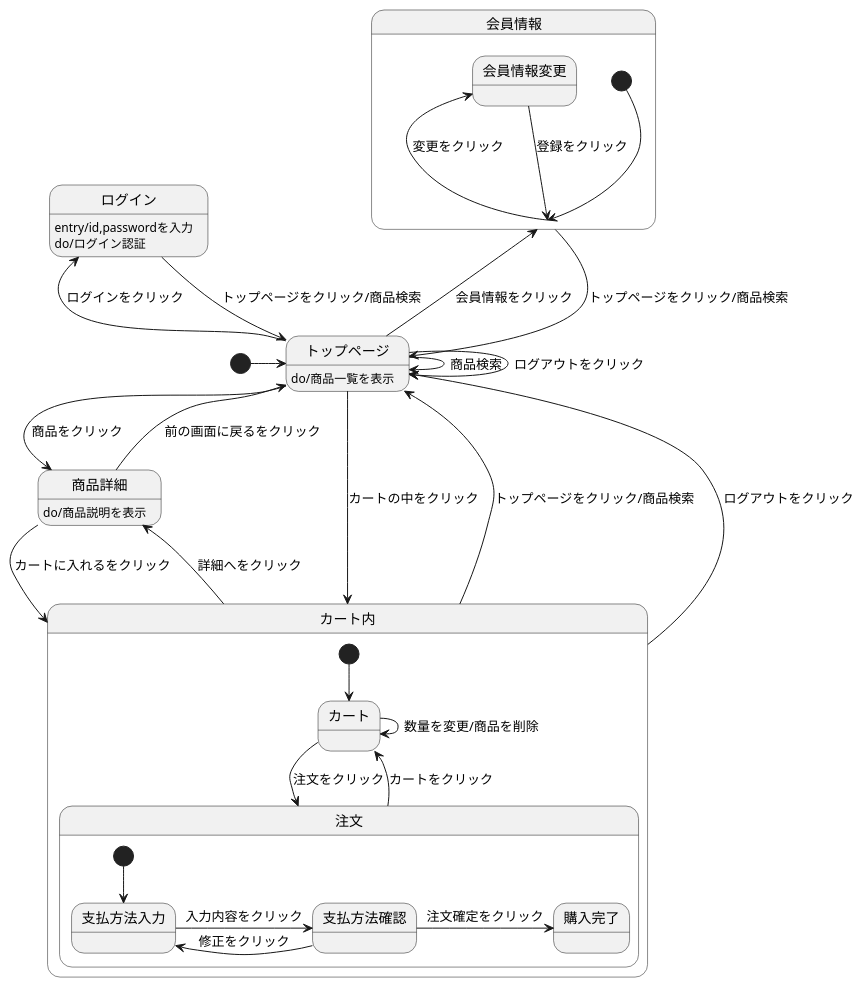
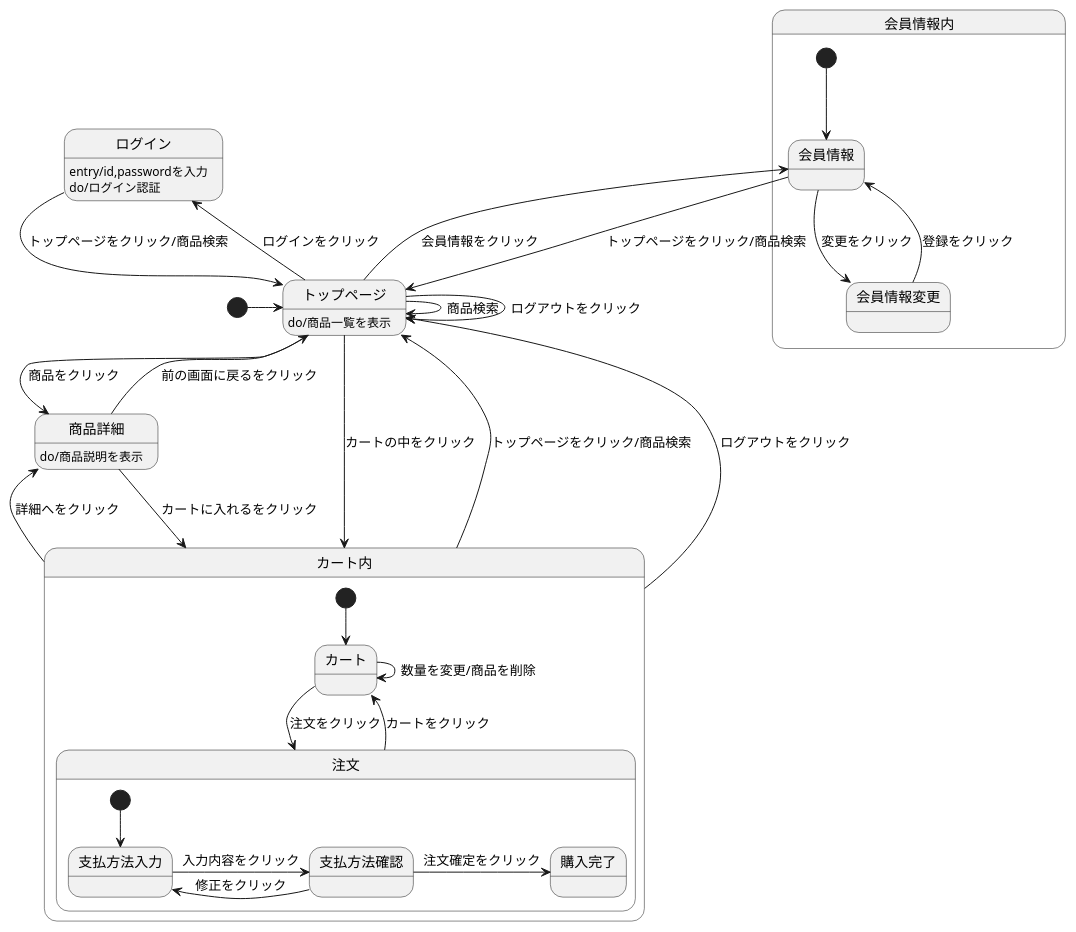
One commit to Aso2001392/2021sys-design changed the diagram in kadai12.md. Above: the diagram before and after it, drawn with PlantUML.

````diff
--- a/kadai12.md
+++ b/kadai12.md
@@ -1,45 +1,45 @@
 ```uml
 @startuml
 
-state 会員情報{
+state 会員情報内{
 [*] --> 会員情報
 会員情報 -> 会員情報変更 : 変更をクリック
 会員情報変更 --> 会員情報 : 登録をクリック
  }
 
 [*] -> トップページ
 会員情報 --> トップページ : トップページをクリック/商品検索
 ログイン --> トップページ : トップページをクリック/商品検索
 ログイン : entry/id,passwordを入力
 ログイン : do/ログイン認証
 トップページ --> トップページ : ログアウトをクリック
 トップページ -> トップページ : 商品検索
 トップページ -> 商品詳細 : 商品をクリック
 トップページ -left-> 会員情報 : 会員情報をクリック
 トップページ -left-> ログイン : ログインをクリック
 トップページ --> カート内 : カートの中をクリック
 トップページ : do/商品一覧を表示
 商品詳細 --> カート内 : カートに入れるをクリック
 商品詳細 --> トップページ : 前の画面に戻るをクリック
 商品詳細 : do/商品説明を表示
 カート内 -up-> トップページ : トップページをクリック/商品検索
 カート内 -up-> トップページ : ログアウトをクリック
 カート内 -> 商品詳細 : 詳細へをクリック
 
 
 
 state カート内{
 [*] --> カート
 カート -> 注文 : 注文をクリック
 カート -> カート : 数量を変更/商品を削除
 注文 --> カート : カートをクリック
 state 注文{
 [*] --> 支払方法入力
  支払方法入力 -> 支払方法確認 : 入力内容をクリック
 支払方法確認 ->  支払方法入力 : 修正をクリック
 支払方法確認 ->  購入完了 : 注文確定をクリック
  }
 }
 @enduml
 
 ```
````
